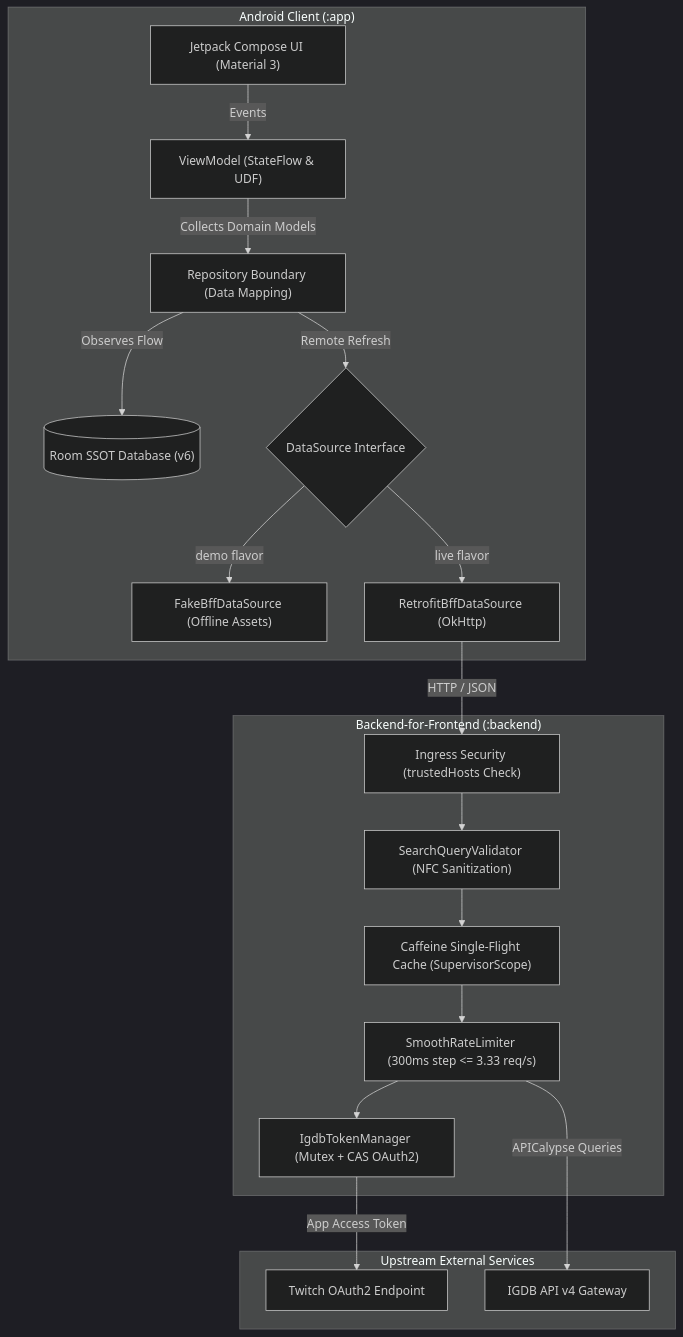
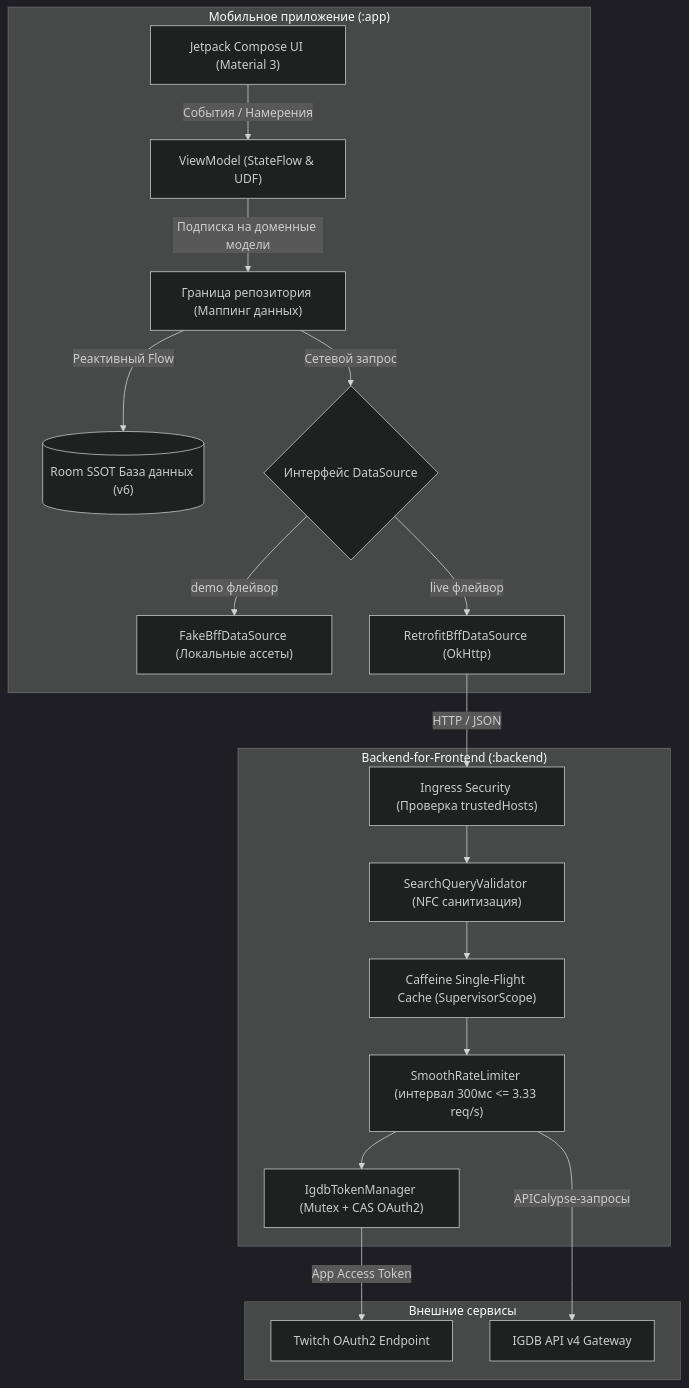
One commit to TypeNil/game-tracker-app changed the first of 2 diagrams in README.md. Above: the diagram before and after it, drawn with Mermaid (dark theme). The commit also changed other lines of this file and 2 other files, not shown here.

````diff
--- a/README.md
+++ b/README.md
@@ -81,24 +81,24 @@
 ```mermaid
 graph TD
-    subgraph "Android Client (:app)"
-        UI["Jetpack Compose UI (Material 3)"] -->|Events| VM["ViewModel (StateFlow & UDF)"]
-        VM -->|Collects Domain Models| Repo["Repository Boundary (Data Mapping)"]
-        Repo -->|Observes Flow| Room[("Room SSOT Database (v6)")]
-        Repo -->|Remote Refresh| DataSource{"DataSource Interface"}
-        DataSource -->|demo flavor| FakeDS["FakeBffDataSource (Offline Assets)"]
-        DataSource -->|live flavor| RetrofitDS["RetrofitBffDataSource (OkHttp)"]
+    subgraph "Мобильное приложение (:app)"
+        UI["Jetpack Compose UI (Material 3)"] -->|События / Намерения| VM["ViewModel (StateFlow & UDF)"]
+        VM -->|Подписка на доменные модели| Repo["Граница репозитория (Маппинг данных)"]
+        Repo -->|Реактивный Flow| Room[("Room SSOT База данных (v6)")]
+        Repo -->|Сетевой запрос| DataSource{"Интерфейс DataSource"}
+        DataSource -->|demo флейвор| FakeDS["FakeBffDataSource (Локальные ассеты)"]
+        DataSource -->|live флейвор| RetrofitDS["RetrofitBffDataSource (OkHttp)"]
     end
 
     subgraph "Backend-for-Frontend (:backend)"
-        RetrofitDS -->|HTTP / JSON| Ingress["Ingress Security (trustedHosts Check)"]
-        Ingress --> Validator["SearchQueryValidator (NFC Sanitization)"]
+        RetrofitDS -->|HTTP / JSON| Ingress["Ingress Security (Проверка trustedHosts)"]
+        Ingress --> Validator["SearchQueryValidator (NFC санитизация)"]
         Validator --> Cache["Caffeine Single-Flight Cache (SupervisorScope)"]
-        Cache --> Limiter["SmoothRateLimiter (300ms step <= 3.33 req/s)"]
+        Cache --> Limiter["SmoothRateLimiter (интервал 300мс <= 3.33 req/s)"]
         Limiter --> TokenMgr["IgdbTokenManager (Mutex + CAS OAuth2)"]
     end
 
-    subgraph "Upstream External Services"
+    subgraph "Внешние сервисы"
         TokenMgr -->|App Access Token| TwitchAuth["Twitch OAuth2 Endpoint"]
-        Limiter -->|APICalypse Queries| IGDB["IGDB API v4 Gateway"]
+        Limiter -->|APICalypse-запросы| IGDB["IGDB API v4 Gateway"]
     end
 ```
````
